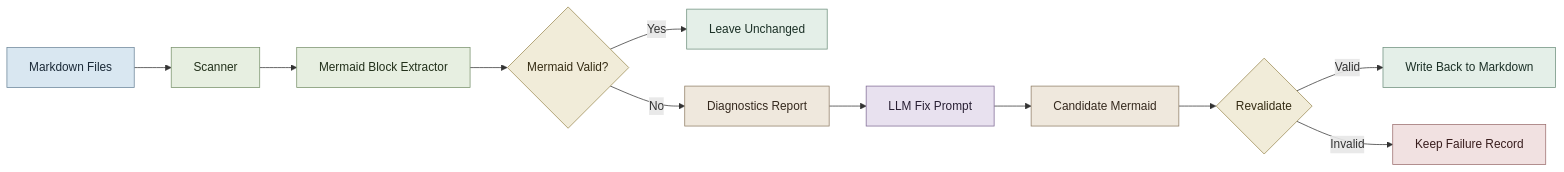
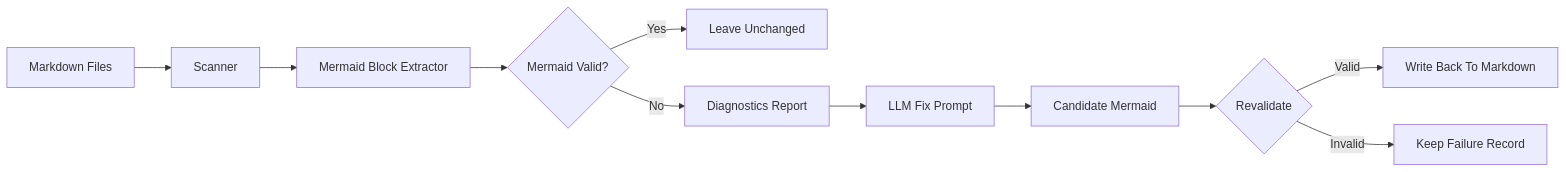
The diagram in README.md (noorshikalgar/mermaid-fixer-ts), drawn with Mermaid before and after one commit. The commit also changed other lines of this file and 2 other files, not shown here.

First line of the commit message:
Added some new Rules for mermaid

````diff
--- a/README.md
+++ b/README.md
@@ -20,25 +54,13 @@
 ```mermaid
 flowchart LR
     A[Markdown Files] --> B[Scanner]
     B --> C[Mermaid Block Extractor]
     C --> D{Mermaid Valid?}
     D -->|Yes| E[Leave Unchanged]
     D -->|No| F[Diagnostics Report]
     F --> G[LLM Fix Prompt]
     G --> H[Candidate Mermaid]
     H --> I{Revalidate}
-    I -->|Valid| J[Write Back to Markdown]
+    I -->|Valid| J[Write Back To Markdown]
     I -->|Invalid| K[Keep Failure Record]
-
-    style A fill:#d9e7f1,stroke:#6b8599,color:#1b2a38
-    style B fill:#e7efe1,stroke:#78916b,color:#22301a
-    style C fill:#e7efe1,stroke:#78916b,color:#22301a
-    style D fill:#f1ecd9,stroke:#9b8a52,color:#352c14
-    style E fill:#e4efe8,stroke:#6d8f7c,color:#1b3026
-    style F fill:#efe8dd,stroke:#8f7d64,color:#35291e
-    style G fill:#e8e1ef,stroke:#7e6994,color:#281f33
-    style H fill:#efe8dd,stroke:#8f7d64,color:#35291e
-    style I fill:#f1ecd9,stroke:#9b8a52,color:#352c14
-    style J fill:#e4efe8,stroke:#6d8f7c,color:#1b3026
-    style K fill:#f1e1e1,stroke:#9a6d6d,color:#381d1d
 ```
````
